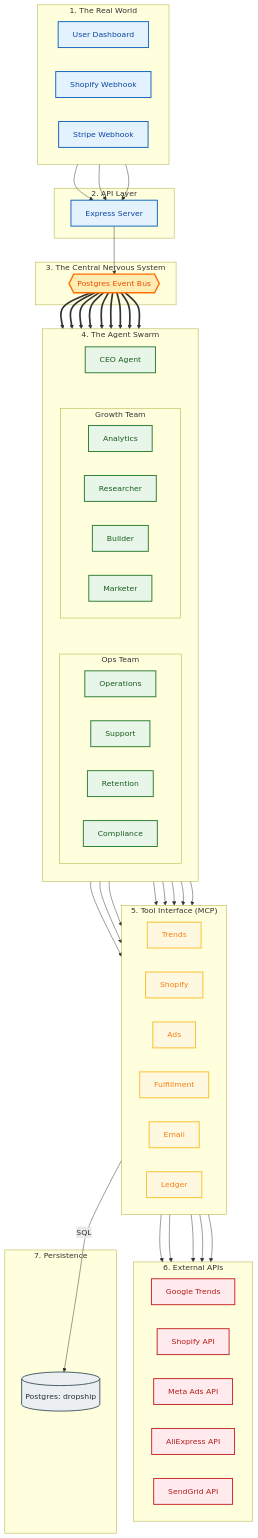
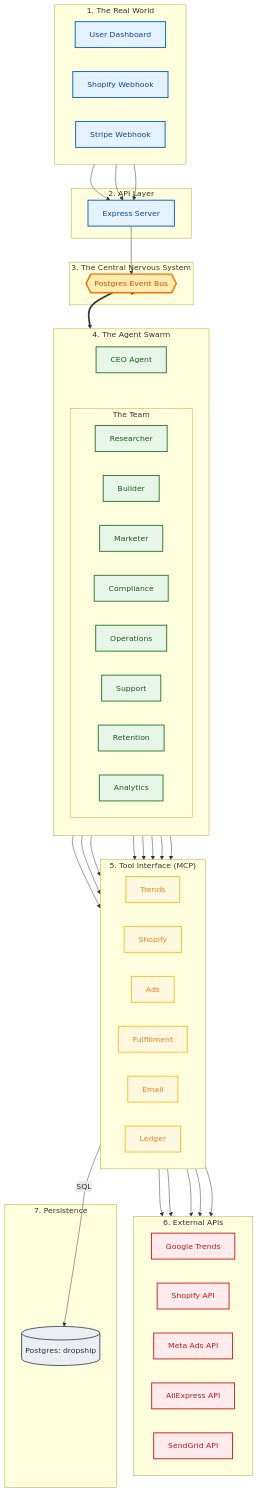
Before and after one commit to andylelli/ds1: the second of 2 diagrams in Documentation/Reference/ENVIRONMENT_SIMULATION_V_LIVE.md, drawn with Mermaid. The commit also changed other lines of this file and 1 other file, not shown here.

```diff
--- a/Documentation/Reference/ENVIRONMENT_SIMULATION_V_LIVE.md
+++ b/Documentation/Reference/ENVIRONMENT_SIMULATION_V_LIVE.md
@@ -161,20 +157,16 @@
     direction TB
     CEO[CEO Agent]:::agent
     
-    subgraph Row1 ["Growth Team"]
+    subgraph Team ["The Team"]
       direction LR
-      Analytics[Analytics]:::agent
       Researcher[Researcher]:::agent
       Builder[Builder]:::agent
       Marketer[Marketer]:::agent
-    end
-    
-    subgraph Row2 ["Ops Team"]
-      direction LR
+      Compliance[Compliance]:::agent
       Ops[Operations]:::agent
       CS[Support]:::agent
       Retention[Retention]:::agent
-      Compliance[Compliance]:::agent
+      Analytics[Analytics]:::agent
     end
   end
 
@@ -208,23 +200,23 @@
   User & ShopHook & StripeHook --> Express
   Express --> Bus
 
-  %% Wiring: Bus -> Everyone (Hub & Spoke)
+  %% Wiring: Bus -> Everyone
   Bus ==> CEO
-  Bus ==> Analytics & Researcher & Builder & Marketer
-  Bus ==> Ops & CS & Retention & Compliance
+  Bus ==> Team
 
-  %% Visual Hierarchy (No Data Flow)
-  CEO ~~~ Row1
-  Row1 ~~~ Row2
+  %% Visual Hierarchy: Center CEO above Team
+  CEO ~~~ Compliance
+  CEO ~~~ Ops
 
-  %% Agent -> Tool Connections
+  %% Agent -> Tool Connections (Optimized for no crossing)
   Researcher --> TrendsTool
   Builder --> ShopTool
   Marketer --> AdsTool
+  Compliance --> AdsTool
   Ops --> FulfillTool
-  CS & Retention --> EmailTool
+  CS --> EmailTool
+  Retention --> EmailTool
   Analytics --> LedgerTool
-  Compliance --> AdsTool
 
   %% External Connections
   TrendsTool --> Google
```
